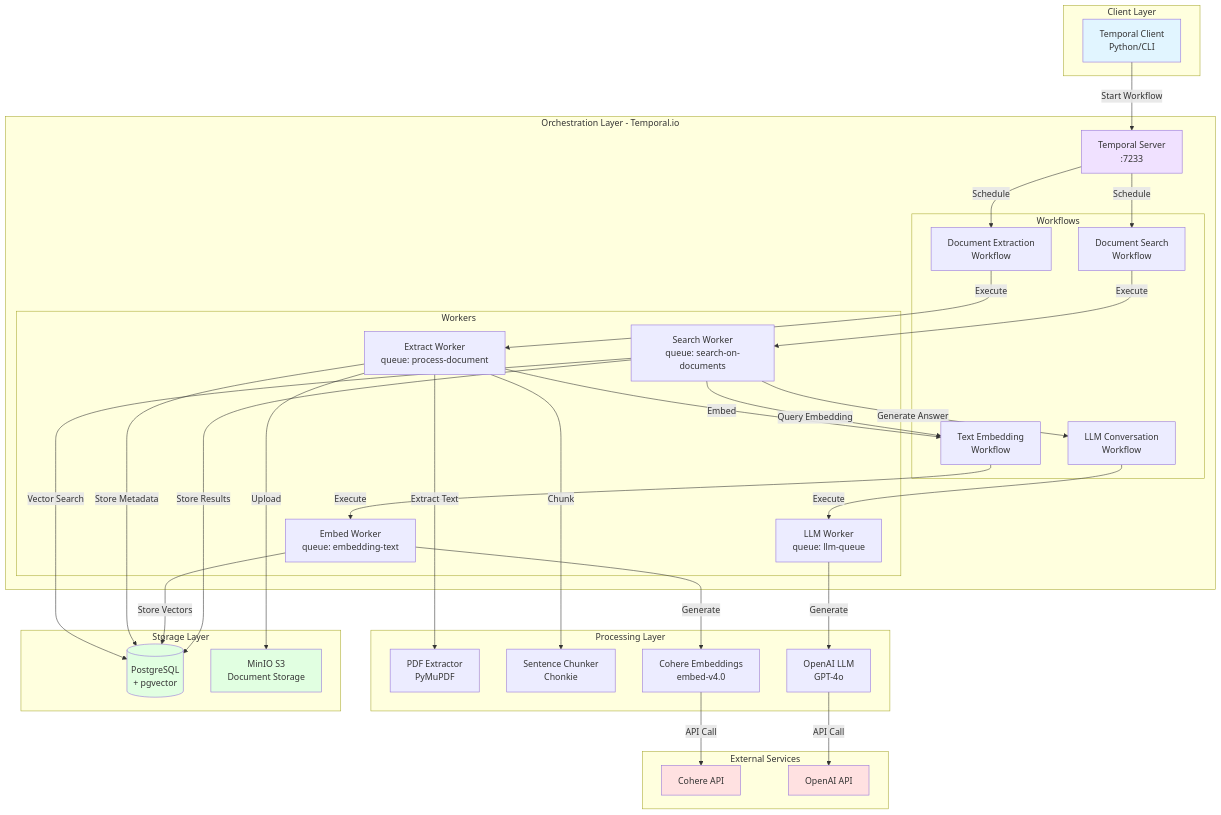
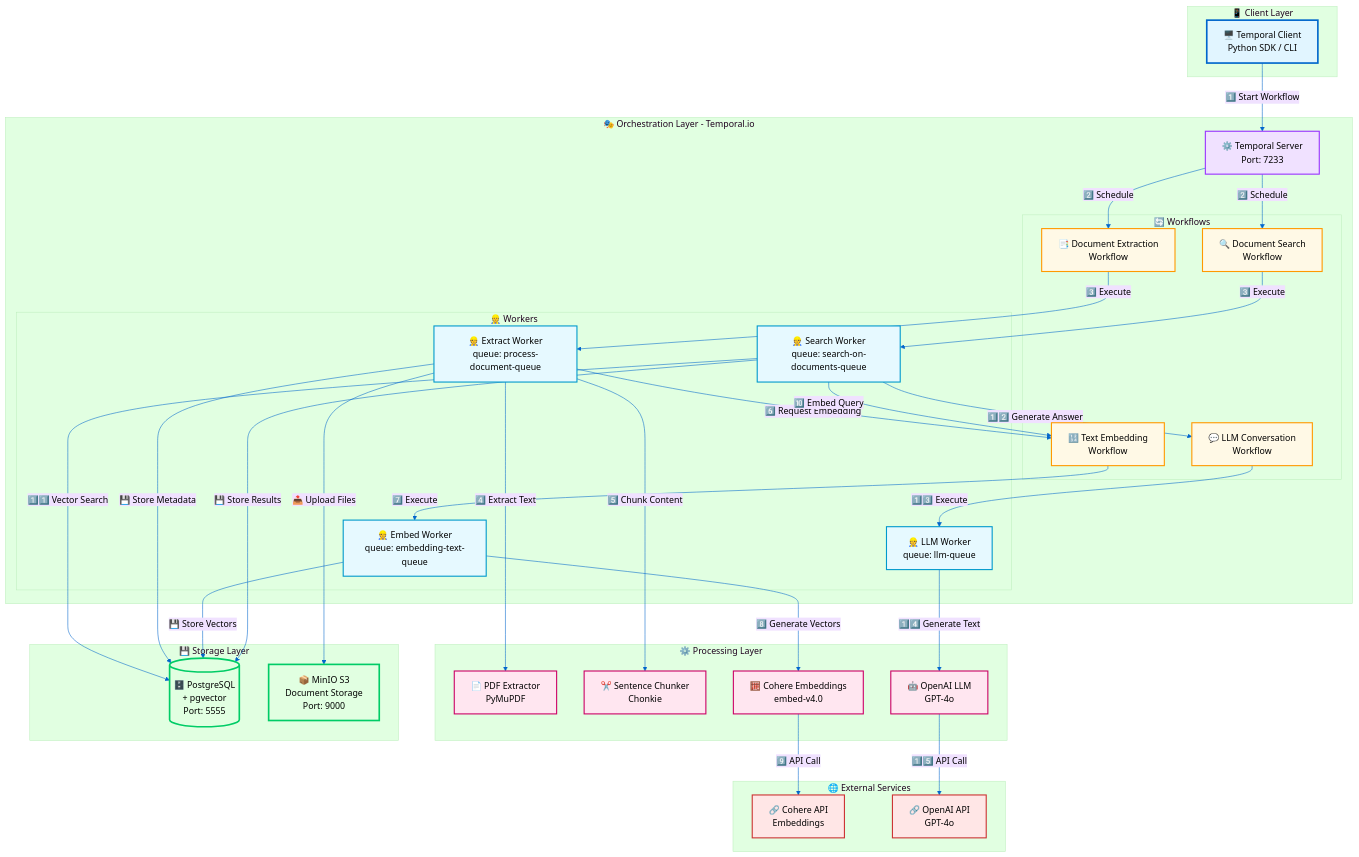
Before and after one commit to winnin/gdai: the first of 4 diagrams in README.md, drawn with Mermaid. The commit also changed other lines of this file, not shown here.

First line of the commit message:
docs: comprehensive README overhaul with improved structure and content

````diff
--- a/README.md
+++ b/README.md
@@ -53,78 +124,91 @@
 ```mermaid
+%%{init: {'theme':'base', 'themeVariables': { 'primaryColor':'#e1f5ff','primaryTextColor':'#000','primaryBorderColor':'#0066cc','lineColor':'#0066cc','secondaryColor':'#f0e1ff','tertiaryColor':'#e1ffe1','noteBkgColor':'#fffae6','noteTextColor':'#000'}}}%%
+
 graph TB
-    subgraph "Client Layer"
-        Client[Temporal Client<br/>Python/CLI]
+    subgraph "📱 Client Layer"
+        Client["🖥️ Temporal Client<br/>Python SDK / CLI"]
     end
 
-    subgraph "Orchestration Layer - Temporal.io"
-        TemporalServer[Temporal Server<br/>:7233]
+    subgraph "🎭 Orchestration Layer - Temporal.io"
+        TemporalServer["⚙️ Temporal Server<br/>Port: 7233"]
 
-        subgraph "Workflows"
-            ExtractWF[Document Extraction<br/>Workflow]
-            EmbedWF[Text Embedding<br/>Workflow]
-            SearchWF[Document Search<br/>Workflow]
-            LLMWF[LLM Conversation<br/>Workflow]
+        subgraph "🔄 Workflows"
+            ExtractWF["📑 Document Extraction<br/>Workflow"]
+            EmbedWF["🔢 Text Embedding<br/>Workflow"]
+            SearchWF["🔍 Document Search<br/>Workflow"]
+            LLMWF["💬 LLM Conversation<br/>Workflow"]
         end
 
-        subgraph "Workers"
-            ExtractWorker[Extract Worker<br/>queue: process-document]
-            EmbedWorker[Embed Worker<br/>queue: embedding-text]
-            SearchWorker[Search Worker<br/>queue: search-on-documents]
-            LLMWorker[LLM Worker<br/>queue: llm-queue]
+        subgraph "👷 Workers"
+            ExtractWorker["👷 Extract Worker<br/>queue: process-document-queue"]
+            EmbedWorker["👷 Embed Worker<br/>queue: embedding-text-queue"]
+            SearchWorker["👷 Search Worker<br/>queue: search-on-documents-queue"]
+            LLMWorker["👷 LLM Worker<br/>queue: llm-queue"]
         end
     end
 
-    subgraph "Processing Layer"
-        Extractor[PDF Extractor<br/>PyMuPDF]
-        Chunker[Sentence Chunker<br/>Chonkie]
-        Embedder[Cohere Embeddings<br/>embed-v4.0]
-        LLM[OpenAI LLM<br/>GPT-4o]
+    subgraph "⚙️ Processing Layer"
+        Extractor["📄 PDF Extractor<br/>PyMuPDF"]
+        Chunker["✂️ Sentence Chunker<br/>Chonkie"]
+        Embedder["🧮 Cohere Embeddings<br/>embed-v4.0"]
+        LLM["🤖 OpenAI LLM<br/>GPT-4o"]
     end
 
-    subgraph "Storage Layer"
-        DB[(PostgreSQL<br/>+ pgvector)]
-        S3[MinIO S3<br/>Document Storage]
+    subgraph "💾 Storage Layer"
+        DB[("🗄️ PostgreSQL<br/>+ pgvector<br/>Port: 5555")]
+        S3["📦 MinIO S3<br/>Document Storage<br/>Port: 9000"]
     end
 
-    subgraph "External Services"
-        CohereAPI[Cohere API]
-        OpenAIAPI[OpenAI API]
+    subgraph "🌐 External Services"
+        CohereAPI["🔗 Cohere API<br/>Embeddings"]
+        OpenAIAPI["🔗 OpenAI API<br/>GPT-4o"]
     end
 
-    Client -->|Start Workflow| TemporalServer
+    %% Main Flow Connections with Step Numbers
+    Client -->|"1️⃣ Start Workflow"| TemporalServer
 
-    TemporalServer -->|Schedule| ExtractWF
-    TemporalServer -->|Schedule| SearchWF
+    TemporalServer -->|"2️⃣ Schedule"| ExtractWF
+    TemporalServer -->|"2️⃣ Schedule"| SearchWF
 
-    ExtractWF -->|Execute| ExtractWorker
-    SearchWF -->|Execute| SearchWorker
+    ExtractWF -->|"3️⃣ Execute"| ExtractWorker
+    SearchWF -->|"3️⃣ Execute"| SearchWorker
 
-    ExtractWorker -->|Extract Text| Extractor
-    ExtractWorker -->|Chunk| Chunker
-    ExtractWorker -->|Embed| EmbedWF
+    ExtractWorker -->|"4️⃣ Extract Text"| Extractor
+    ExtractWorker -->|"5️⃣ Chunk Content"| Chunker
+    ExtractWorker -->|"6️⃣ Request Embedding"| EmbedWF
 
-    EmbedWF -->|Execute| EmbedWorker
-    EmbedWorker -->|Generate| Embedder
-    Embedder -->|API Call| CohereAPI
+    EmbedWF -->|"7️⃣ Execute"| EmbedWorker
+    EmbedWorker -->|"8️⃣ Generate Vectors"| Embedder
+    Embedder -->|"9️⃣ API Call"| CohereAPI
 
-    SearchWorker -->|Query Embedding| EmbedWF
-    SearchWorker -->|Vector Search| DB
-    SearchWorker -->|Generate Answer| LLMWF
+    SearchWorker -->|"🔟 Embed Query"| EmbedWF
+    SearchWorker -->|"1️⃣1️⃣ Vector Search"| DB
+    SearchWorker -->|"1️⃣2️⃣ Generate Answer"| LLMWF
 
-    LLMWF -->|Execute| LLMWorker
-    LLMWorker -->|Generate| LLM
-    LLM -->|API Call| OpenAIAPI
+    LLMWF -->|"1️⃣3️⃣ Execute"| LLMWorker
+    LLMWorker -->|"1️⃣4️⃣ Generate Text"| LLM
+    LLM -->|"1️⃣5️⃣ API Call"| OpenAIAPI
 
-    ExtractWorker -->|Store Metadata| DB
-    EmbedWorker -->|Store Vectors| DB
-    SearchWorker -->|Store Results| DB
+    ExtractWorker -->|"💾 Store Metadata"| DB
+    EmbedWorker -->|"💾 Store Vectors"| DB
+    SearchWorker -->|"💾 Store Results"| DB
 
-    ExtractWorker -->|Upload| S3
+    ExtractWorker -->|"📤 Upload Files"| S3
 
-    style Client fill:#e1f5ff
-    style TemporalServer fill:#f0e1ff
-    style DB fill:#e1ffe1
-    style S3 fill:#e1ffe1
-    style CohereAPI fill:#ffe1e1
-    style OpenAIAPI fill:#ffe1e1
+    %% Styling
+    classDef clientStyle fill:#e1f5ff,stroke:#0066cc,stroke-width:3px,color:#000
+    classDef temporalStyle fill:#f0e1ff,stroke:#9933ff,stroke-width:2px,color:#000
+    classDef workflowStyle fill:#fff9e6,stroke:#ff9900,stroke-width:2px,color:#000
+    classDef workerStyle fill:#e6f9ff,stroke:#0099cc,stroke-width:2px,color:#000
+    classDef processingStyle fill:#ffe6f0,stroke:#cc0066,stroke-width:2px,color:#000
+    classDef storageStyle fill:#e1ffe1,stroke:#00cc66,stroke-width:3px,color:#000
+    classDef externalStyle fill:#ffe6e6,stroke:#cc3333,stroke-width:2px,color:#000
+
+    class Client clientStyle
+    class TemporalServer temporalStyle
+    class ExtractWF,EmbedWF,SearchWF,LLMWF workflowStyle
+    class ExtractWorker,EmbedWorker,SearchWorker,LLMWorker workerStyle
+    class Extractor,Chunker,Embedder,LLM processingStyle
+    class DB,S3 storageStyle
+    class CohereAPI,OpenAIAPI externalStyle
 ```
````
